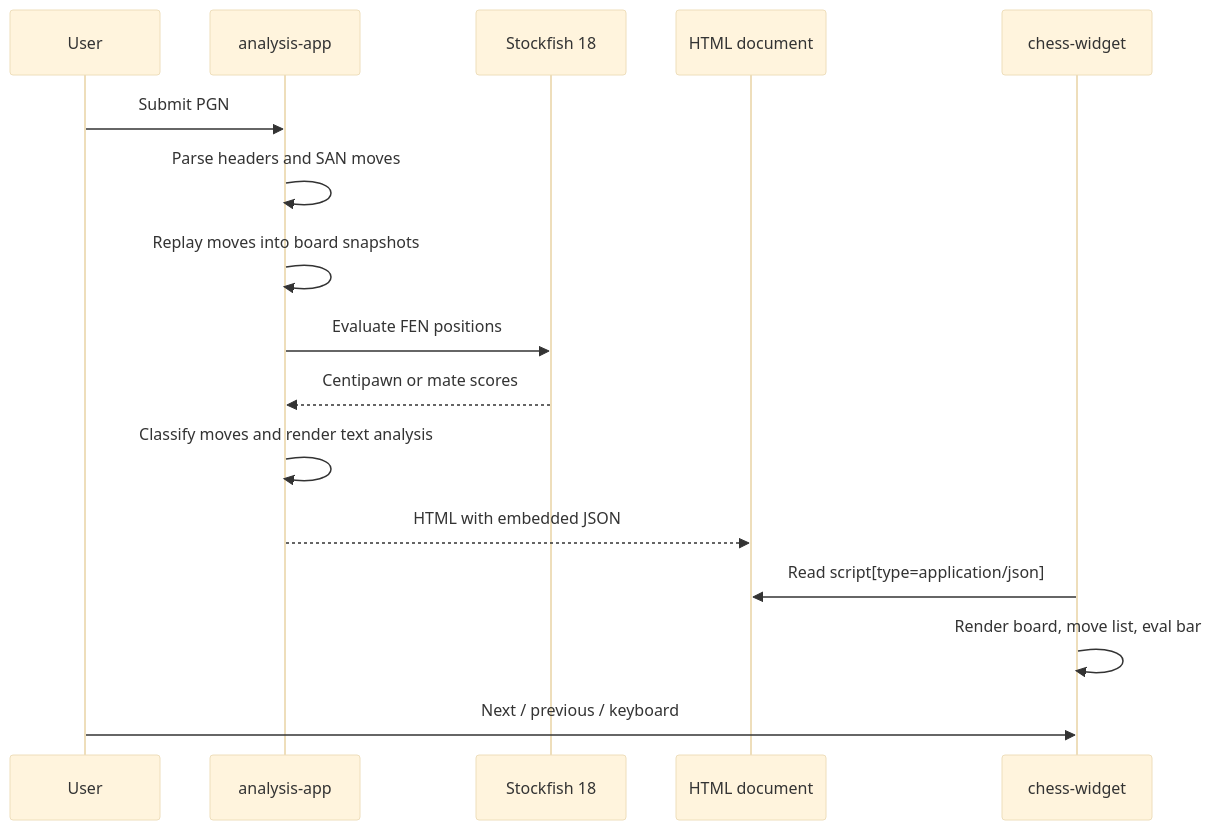
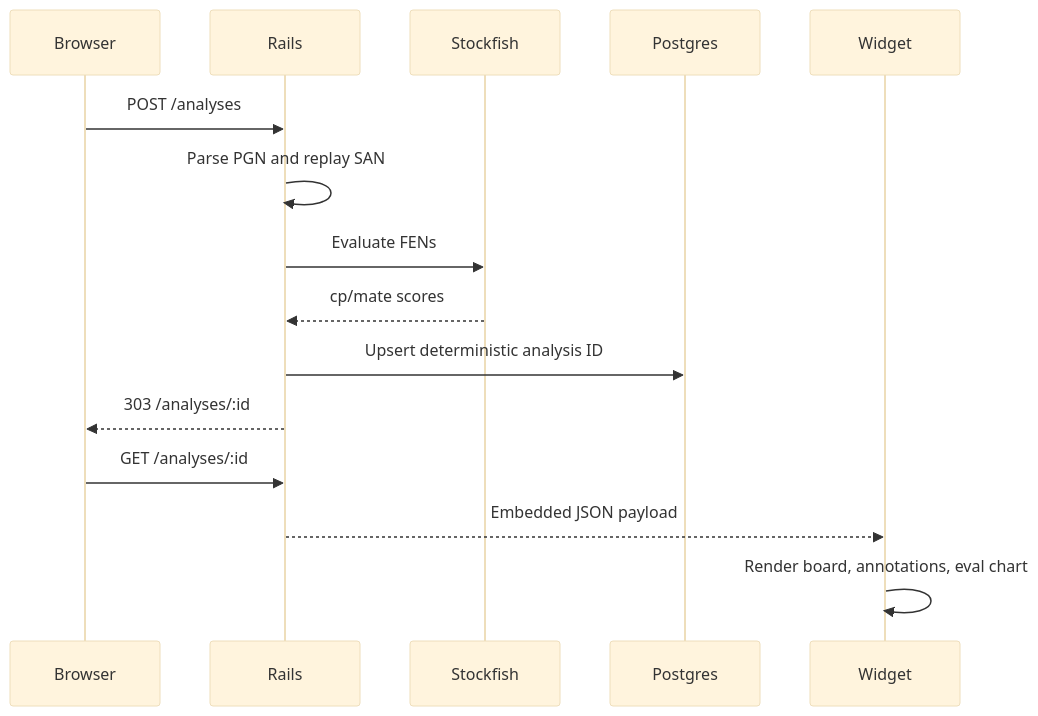
Before and after one commit to cb341/chess-analyis-widget: the second of 2 diagrams in README.md, drawn with Mermaid (base theme). The commit also changed other lines of this file and 33 other files, not shown here.

First line of the commit message:
Migrate analysis app to Rails

````diff
--- a/README.md
+++ b/README.md
@@ -57,19 +28,18 @@
 ```mermaid
 sequenceDiagram
-    participant User
-    participant Server as analysis-app
-    participant Stockfish as Stockfish 18
-    participant DOM as HTML document
-    participant Widget as chess-widget
+    participant Browser
+    participant Rails
+    participant Stockfish
+    participant Postgres
+    participant Widget
 
-    User->>Server: Submit PGN
-    Server->>Server: Parse headers and SAN moves
-    Server->>Server: Replay moves into board snapshots
-    Server->>Stockfish: Evaluate FEN positions
-    Stockfish-->>Server: Centipawn or mate scores
-    Server->>Server: Classify moves and render text analysis
-    Server-->>DOM: HTML with embedded JSON
-    Widget->>DOM: Read script[type=application/json]
-    Widget->>Widget: Render board, move list, eval bar
-    User->>Widget: Next / previous / keyboard
+    Browser->>Rails: POST /analyses
+    Rails->>Rails: Parse PGN and replay SAN
+    Rails->>Stockfish: Evaluate FENs
+    Stockfish-->>Rails: cp/mate scores
+    Rails->>Postgres: Upsert deterministic analysis ID
+    Rails-->>Browser: 303 /analyses/:id
+    Browser->>Rails: GET /analyses/:id
+    Rails-->>Widget: Embedded JSON payload
+    Widget->>Widget: Render board, annotations, eval chart
 ```
````
